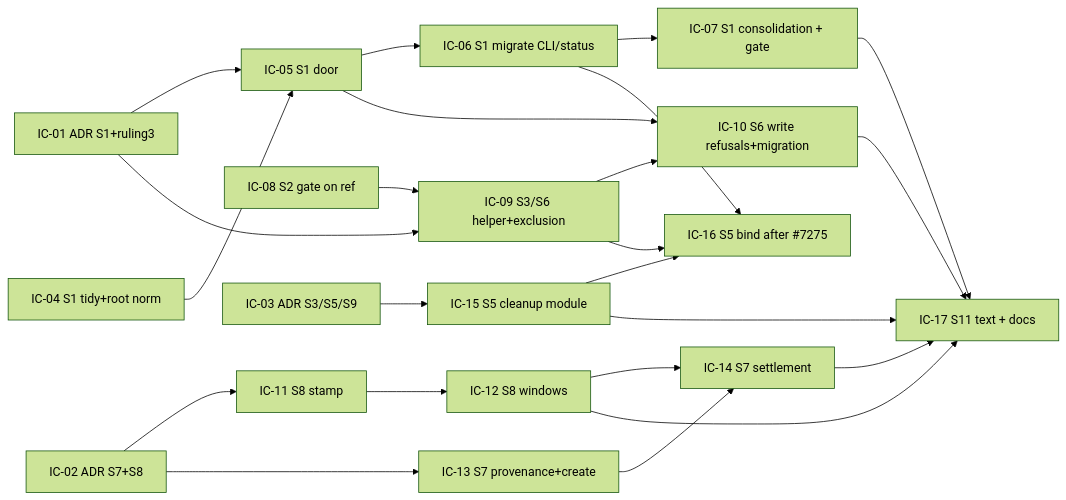
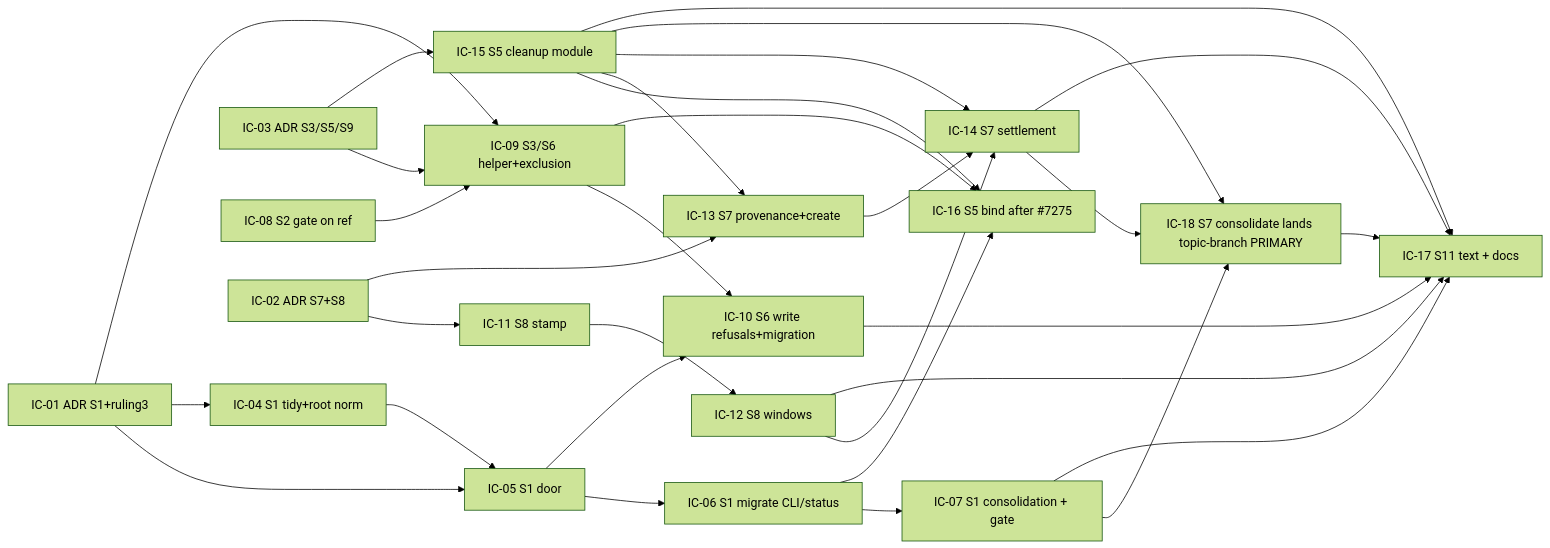
One commit to spec-kitty/spec-kitty changed the diagram in kitty-specs/lane-worktree-model-hardening-01M6QY1M/plan.md. Above: the diagram before and after it, drawn with Mermaid (forest theme). The commit also changed other lines of this file and 2 other files, not shown here.

````diff
--- a/kitty-specs/lane-worktree-model-hardening-01M6QY1M/plan.md
+++ b/kitty-specs/lane-worktree-model-hardening-01M6QY1M/plan.md
@@ -118,15 +118,20 @@
 ```mermaid
 flowchart LR
   IC01[IC-01 ADR S1+ruling3] --> IC05
+  IC01 --> IC04
+  IC03 --> IC09
   IC04[IC-04 S1 tidy+root norm] --> IC05[IC-05 S1 door] --> IC06[IC-06 S1 migrate CLI/status] --> IC07[IC-07 S1 consolidation + gate]
   IC08[IC-08 S2 gate on ref] --> IC09[IC-09 S3/S6 helper+exclusion]
   IC01 --> IC09 --> IC10[IC-10 S6 write refusals+migration]
   IC05 --> IC10
   IC02[IC-02 ADR S7+S8] --> IC11[IC-11 S8 stamp] --> IC12[IC-12 S8 windows]
   IC02 --> IC13[IC-13 S7 provenance+create] --> IC14[IC-14 S7 settlement]
   IC12 --> IC14
   IC03[IC-03 ADR S3/S5/S9] --> IC15[IC-15 S5 cleanup module] --> IC16[IC-16 S5 bind after #7275]
   IC06 --> IC16
   IC09 --> IC16
-  IC07 & IC10 & IC12 & IC14 & IC15 --> IC17[IC-17 S11 text + docs]
+  IC15 --> IC13
+  IC15 --> IC14
+  IC07 & IC14 & IC15 --> IC18[IC-18 S7 consolidate lands topic-branch PRIMARY]
+  IC07 & IC10 & IC12 & IC14 & IC15 & IC18 --> IC17[IC-17 S11 text + docs]
 ```
````
